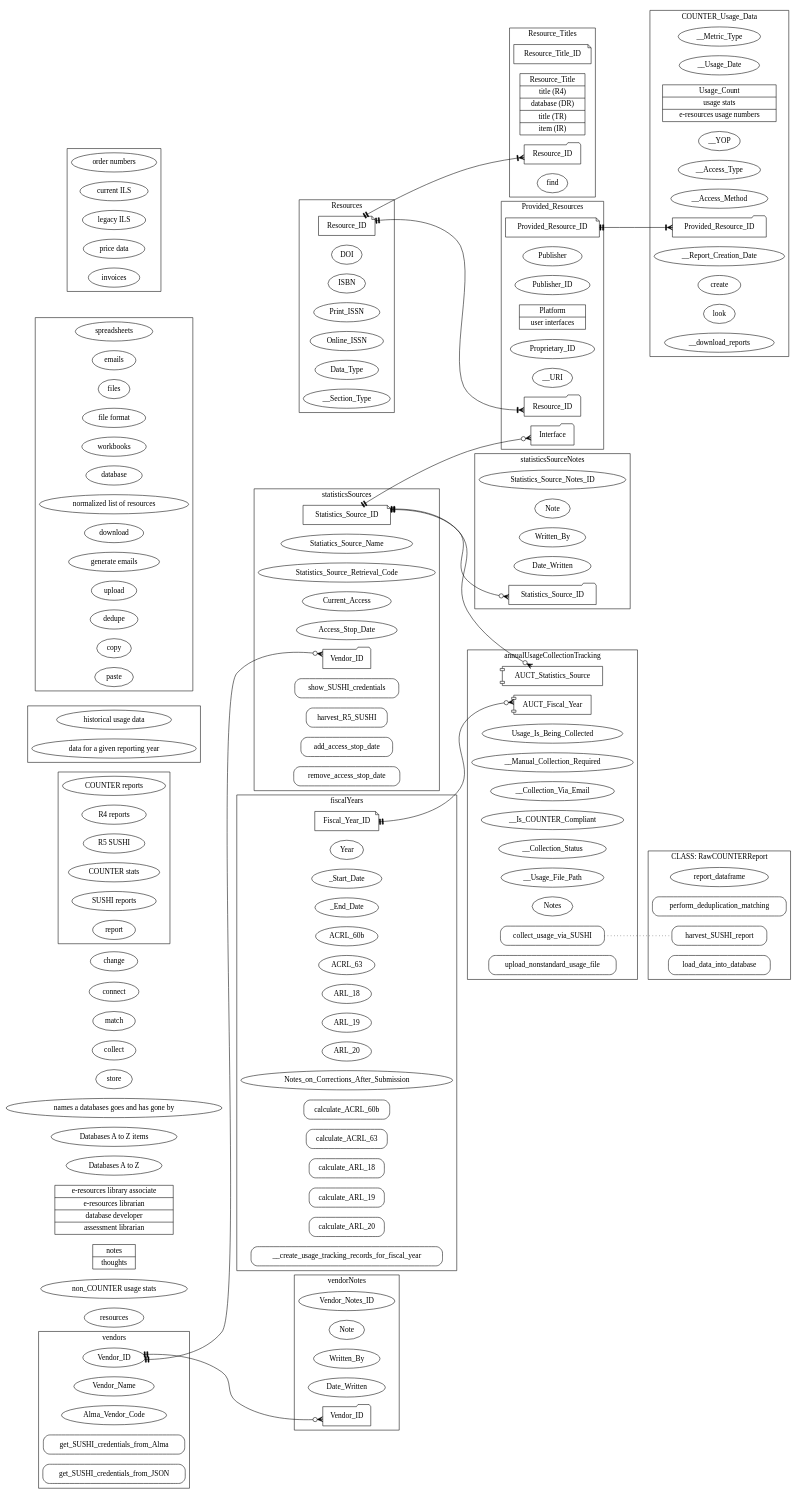
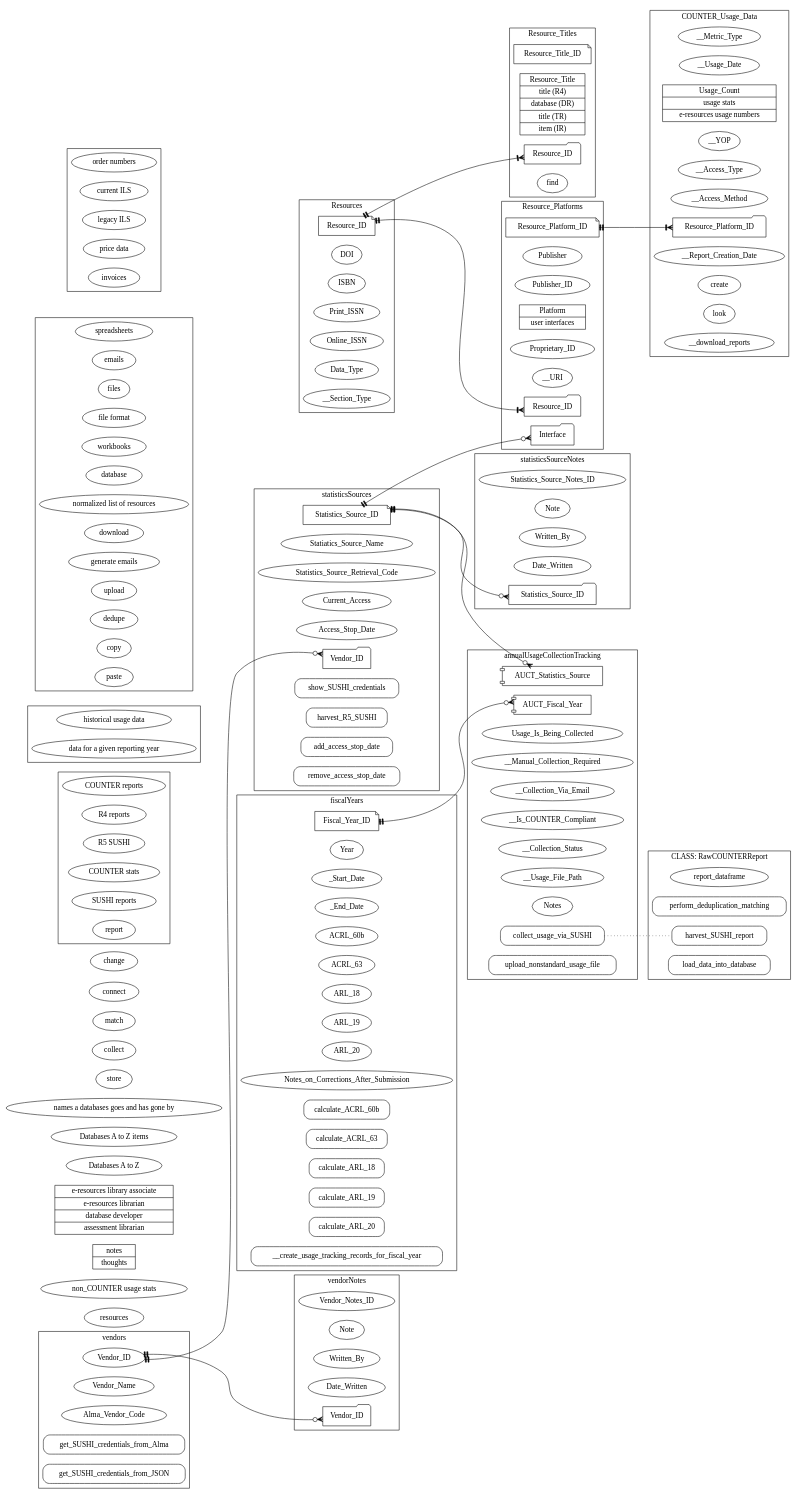
Before and after one commit to ereiskind/nolcat: the diagram in docs/source/erd_and_class_diagram.dot, drawn with Graphviz. The commit also changed 2 other files, not shown here.

Commit message:
Change name Provided_Resource to Resource_Platform

```diff
--- a/docs/source/erd_and_class_diagram.dot
+++ b/docs/source/erd_and_class_diagram.dot
@@ -49,11 +49,11 @@
     }
 
 
-    subgraph cluster_Provided_Resources {
-        label="Provided_Resources"
+    subgraph cluster_Resource_Platforms {
+        label="Resource_Platforms"
 
         // Attributes
-        Provided_Resource_ID [shape="note"]
+        Resource_Platform_ID [shape="note"]
         Publisher // From the COUNTER report
         Publisher_ID // This is found in R5 only—how to add it?
         Platform [
@@ -63,7 +63,7 @@
         Proprietary_ID
         __URI // This is found in R5 TR, IR only—how to add it?
         Interface [shape="folder"] // This is interface in the Alma sense--the FK for Statistics_Source
-        Resource_ID_in_Provided_Resources [
+        Resource_ID_in_Resource_Platforms [
             label="Resource_ID"
             shape="folder"
         ]
@@ -85,8 +85,8 @@
         __YOP // This is found in R5 TR, IR only—how to add it?
         __Access_Type // This is found in R5 TR, IR only—how to add it?
         __Access_Method // This is found in R5 only—how to add it?
-        Provided_Resource_ID_in_COUNTER_Usage_Data [
-            label="Provided_Resource_ID"
+        Resource_Platform_ID_in_COUNTER_Usage_Data [
+            label="Resource_Platform_ID"
             shape="folder"
         ]
         __Report_Creation_Date // For harvested R5 reports
@@ -248,7 +248,7 @@
         arrowtail="teetee"
     ]
     
-    Resource_ID -> Resource_ID_in_Provided_Resources [
+    Resource_ID -> Resource_ID_in_Resource_Platforms [
         dir="both"
         arrowhead="crowtee"
         arrowtail="teetee"
@@ -272,7 +272,7 @@
         arrowtail="teetee"
     ]
 
-    Provided_Resource_ID -> Provided_Resource_ID_in_COUNTER_Usage_Data [
+    Resource_Platform_ID -> Resource_Platform_ID_in_COUNTER_Usage_Data [
         dir="both"
         arrowhead="crowtee"
         arrowtail="teetee"
```
